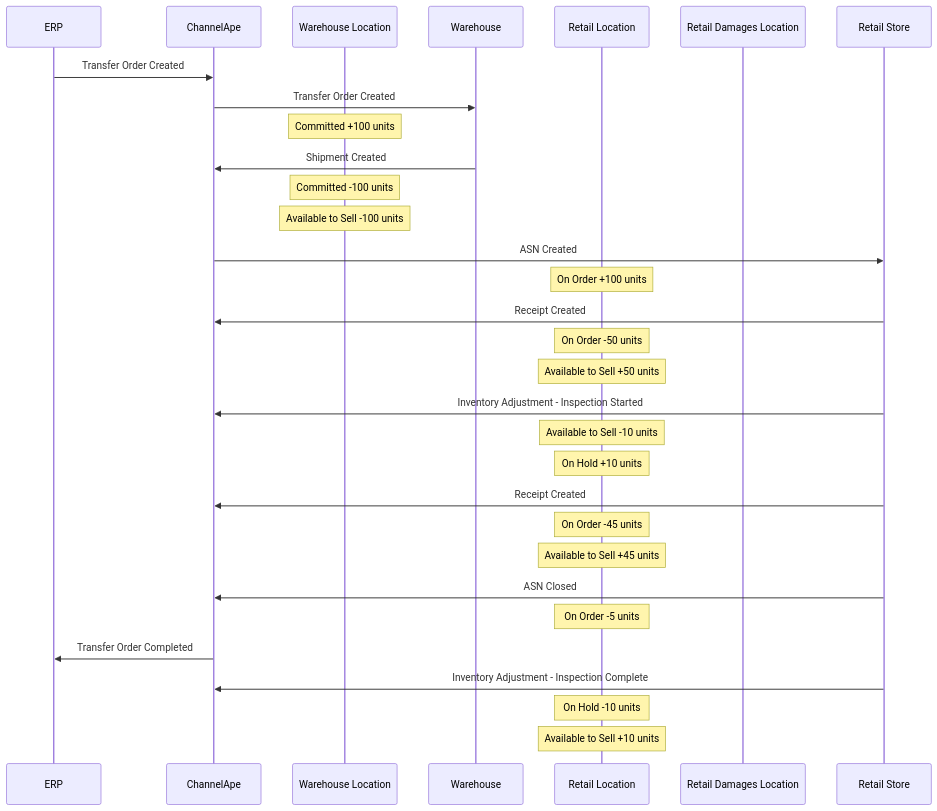
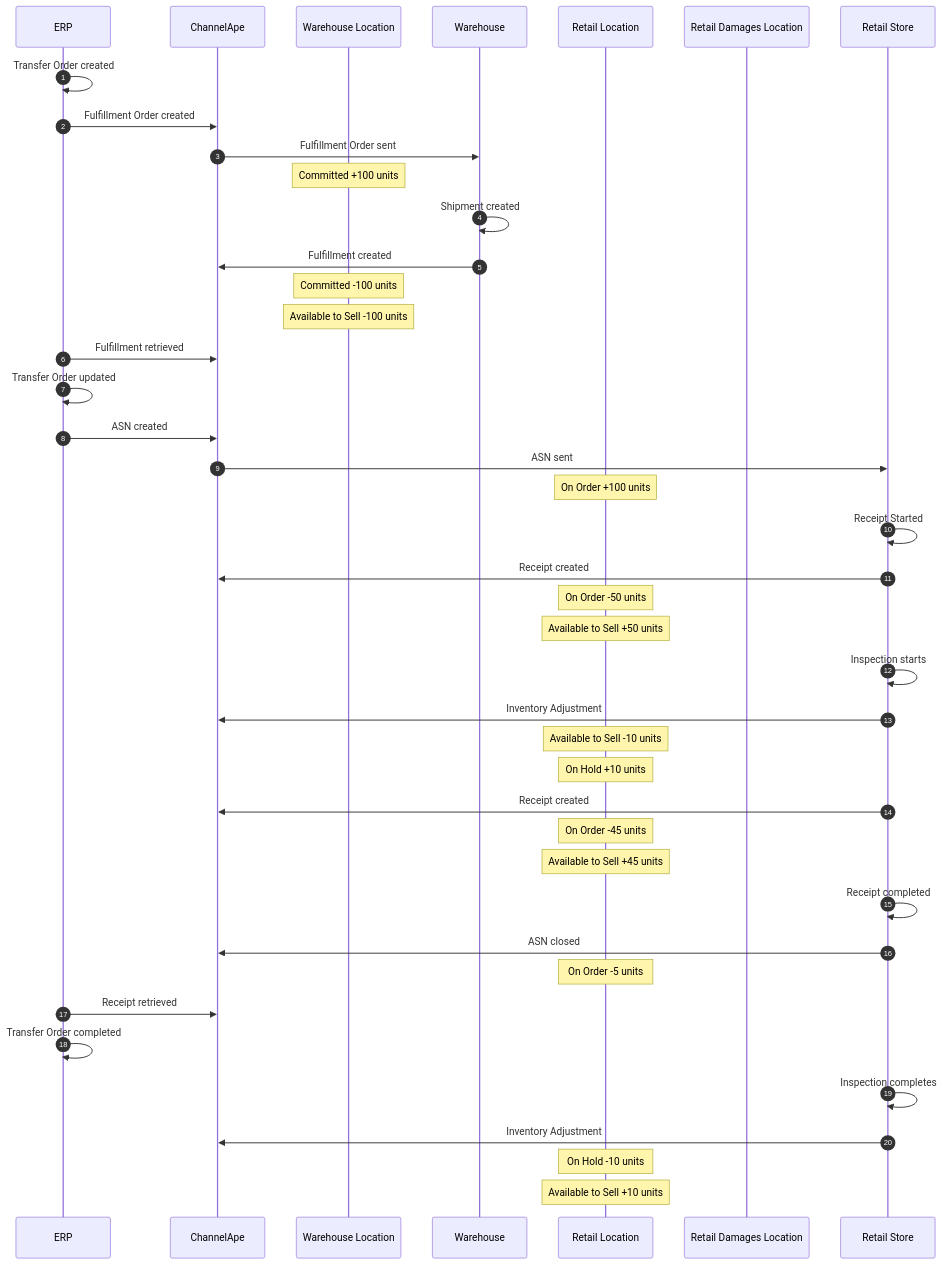
Before and after one commit to ChannelApe/channelape-docs: the fourth of 6 diagrams in data flows/transfer orders/README.md, drawn with Mermaid. The commit also changed other lines of this file, not shown here.

Commit message:
Updated Transfer Orders & Damages Refurb examples

````diff
--- a/data flows/transfer orders/README.md
+++ b/data flows/transfer orders/README.md
@@ -132,43 +172,60 @@
 ```mermaid
 sequenceDiagram
+    autonumber
     participant ERP
     participant ChannelApe
     participant Warehouse Location
     participant Warehouse
     participant Retail Location
     participant Retail Damages Location
     participant Retail Store
 
-    ERP->>ChannelApe: Transfer Order Created
+    ERP->>ERP: Transfer Order created
+    ERP->>ChannelApe: Fulfillment Order created
 
-    ChannelApe->>Warehouse: Transfer Order Created
+    ChannelApe->>Warehouse: Fulfillment Order sent
     note over Warehouse Location: Committed +100 units
     
-    Warehouse->>ChannelApe: Shipment Created
+    Warehouse->>Warehouse: Shipment created
+    Warehouse->>ChannelApe: Fulfillment created
     note over Warehouse Location: Committed -100 units
     note over Warehouse Location: Available to Sell -100 units
+
+    ERP->>ChannelApe: Fulfillment retrieved
+    ERP->>ERP: Transfer Order updated
+    ERP->>ChannelApe: ASN created
     
-    ChannelApe->>Retail Store: ASN Created
+    ChannelApe->>Retail Store: ASN sent
     note over Retail Location: On Order +100 units
 
-    Retail Store->>ChannelApe: Receipt Created
+    Retail Store->>Retail Store: Receipt Started
+
+    Retail Store->>ChannelApe: Receipt created
     note over Retail Location: On Order -50 units
     note over Retail Location: Available to Sell +50 units
 
-    Retail Store->>ChannelApe: Inventory Adjustment - Inspection Started
+    Retail Store->>Retail Store: Inspection starts
+
+    Retail Store->>ChannelApe: Inventory Adjustment
     note over Retail Location: Available to Sell -10 units
     note over Retail Location: On Hold +10 units
 
-    Retail Store->>ChannelApe: Receipt Created
+    Retail Store->>ChannelApe: Receipt created
     note over Retail Location: On Order -45 units
     note over Retail Location: Available to Sell +45 units
 
-    Retail Store->>ChannelApe: ASN Closed
+    Retail Store->>Retail Store: Receipt completed
+
+    Retail Store->>ChannelApe: ASN closed
     note over Retail Location: On Order -5 units
 
-    ChannelApe->>ERP: Transfer Order Completed
+    ERP->>ChannelApe: Receipt retrieved
 
-    Retail Store->>ChannelApe: Inventory Adjustment - Inspection Complete
+    ERP->>ERP: Transfer Order completed
+
+    Retail Store->>Retail Store: Inspection completes
+
+    Retail Store->>ChannelApe: Inventory Adjustment
     note over Retail Location: On Hold -10 units
     note over Retail Location: Available to Sell +10 units
 ```
````
